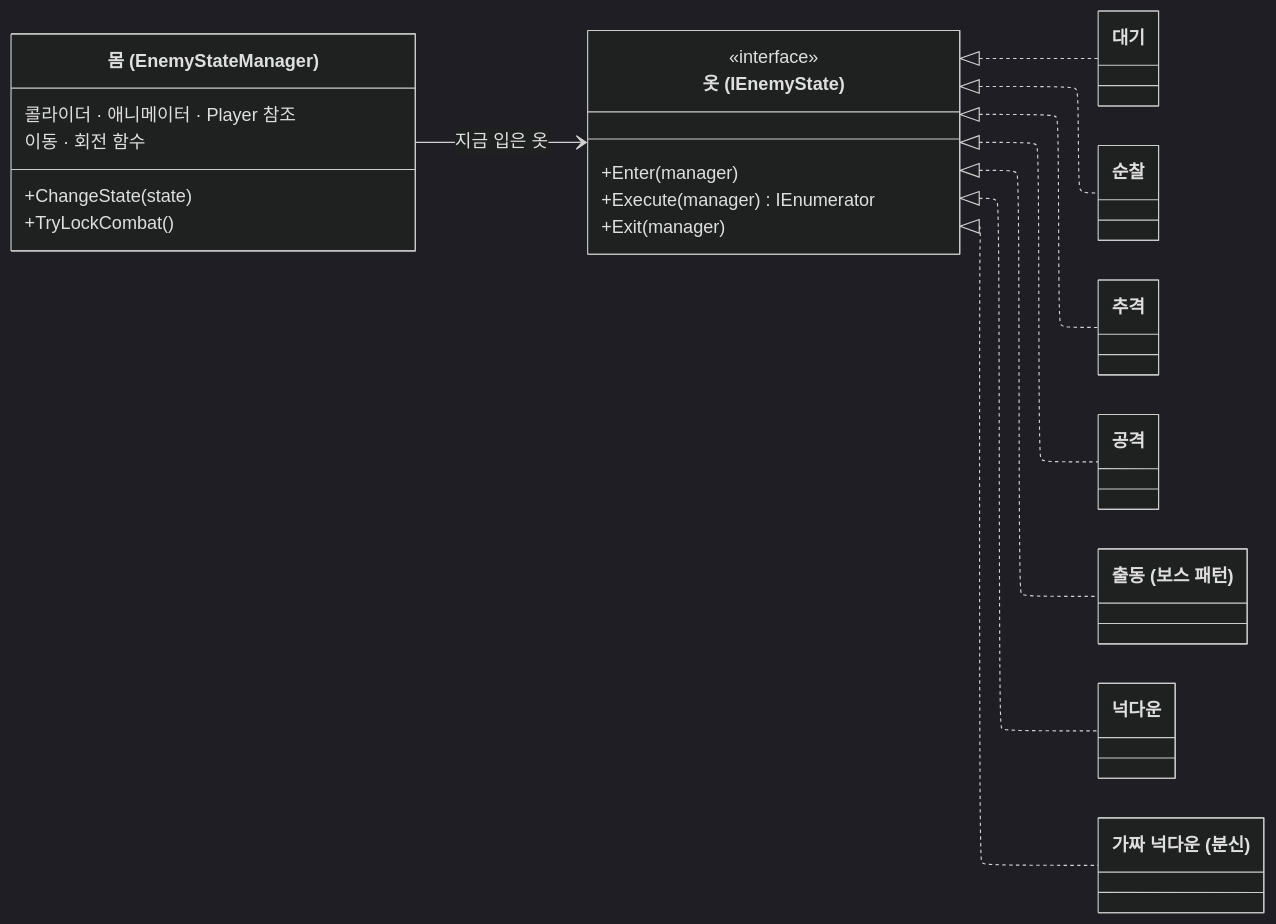
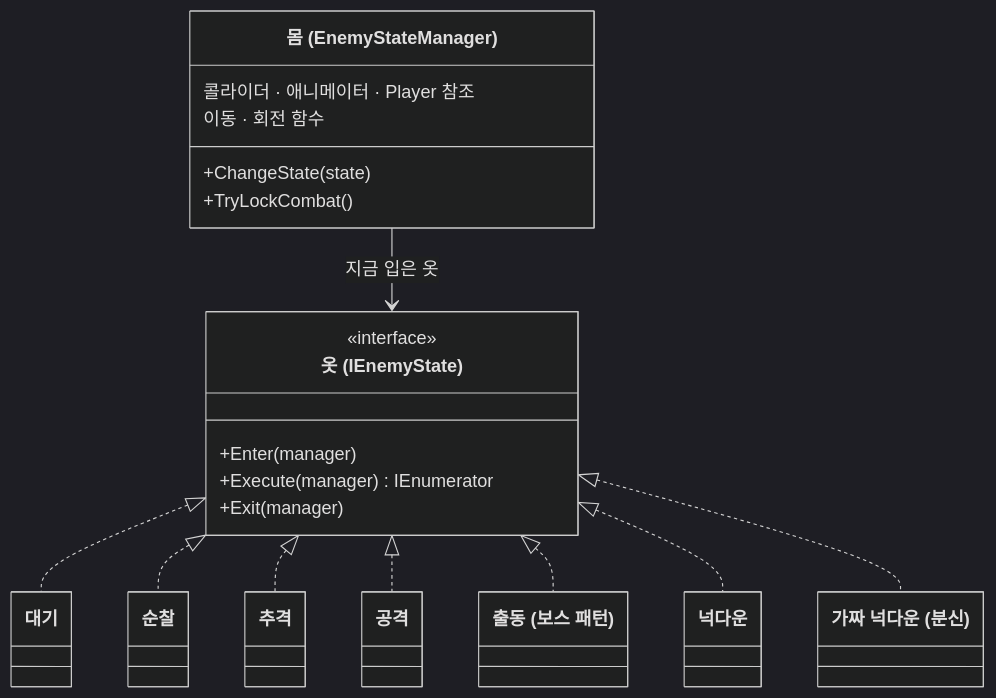
One commit to pinkshield/portfolio changed the second of 4 diagrams in src/1-watch-your-back/기술문서.md. Above: the diagram before and after it, drawn with Mermaid (dark theme). The commit also changed other lines of this file and 2 other files, not shown here.

````diff
--- a/src/1-watch-your-back/기술문서.md
+++ b/src/1-watch-your-back/기술문서.md
@@ -96,32 +124,31 @@
 ```mermaid
-%%{init: {"layout": "elk"}}%%
 classDiagram
-    direction LR
+    direction TB
     class EnemyStateManager["몸 (EnemyStateManager)"] {
         콜라이더 · 애니메이터 · Player 참조
         이동 · 회전 함수
         +ChangeState(state)
         +TryLockCombat()
     }
     class IEnemyState["옷 (IEnemyState)"] {
         <<interface>>
         +Enter(manager)
         +Execute(manager) IEnumerator
         +Exit(manager)
     }
     class EnemyIdleState["대기"]
     class EnemyPatrolState["순찰"]
     class EnemyChaseState["추격"]
     class EnemyAttackState["공격"]
     class AlertMovePatternState["출동 (보스 패턴)"]
     class EnemyKnockDownState["넉다운"]
     class EnemyFakeKnockdownState["가짜 넉다운 (분신)"]
     EnemyStateManager --> IEnemyState : 지금 입은 옷
     IEnemyState <|.. EnemyIdleState
     IEnemyState <|.. EnemyPatrolState
     IEnemyState <|.. EnemyChaseState
     IEnemyState <|.. EnemyAttackState
     IEnemyState <|.. AlertMovePatternState
     IEnemyState <|.. EnemyKnockDownState
     IEnemyState <|.. EnemyFakeKnockdownState
 ```
````
